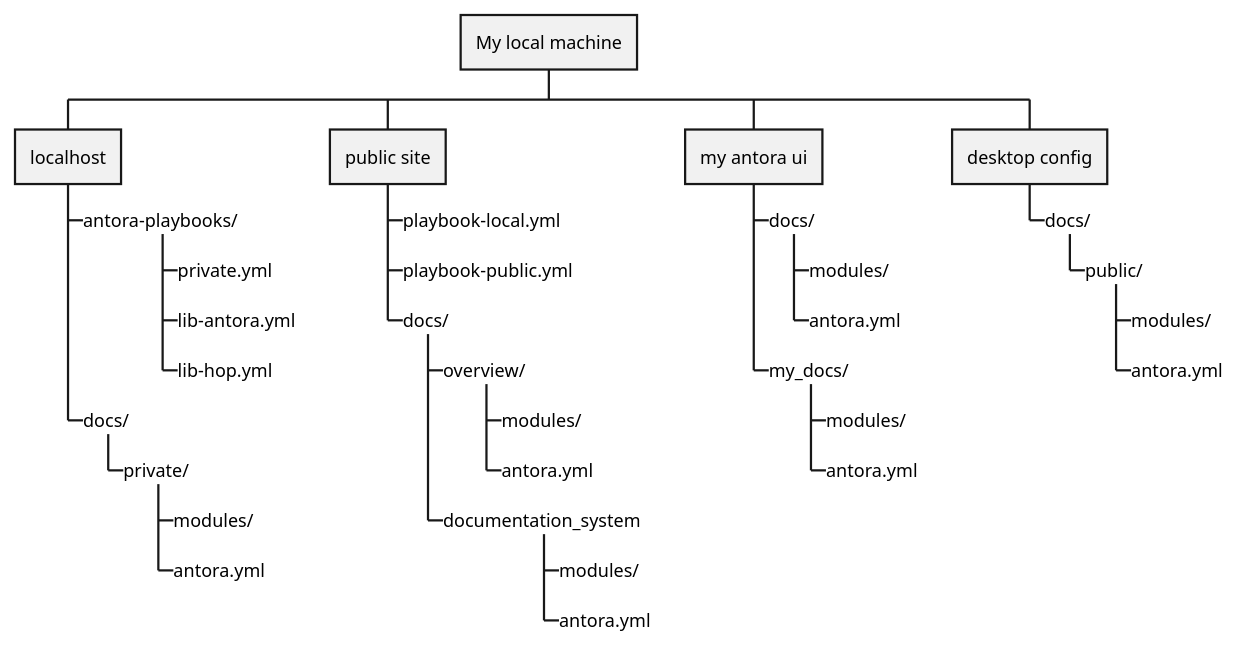
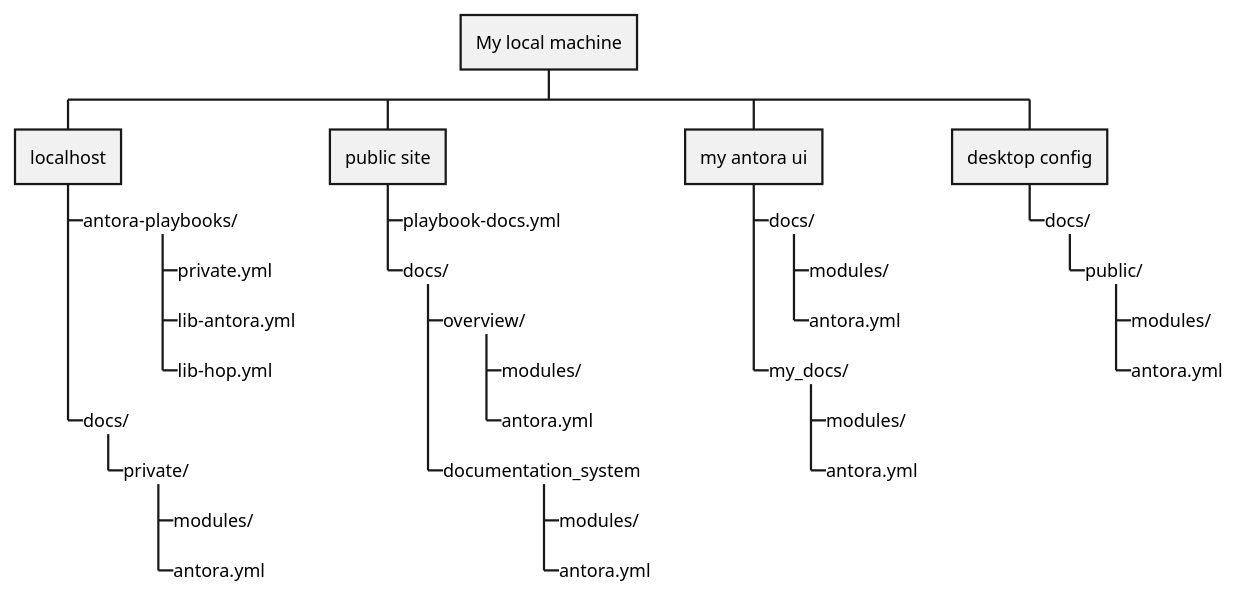
The second of 2 diagrams in docs/documentation_system/modules/antora/pages/index.adoc (rolfkleef/rolfkleef.github.io), drawn with PlantUML before and after one commit. The commit also changed 3 other files, not shown here.

Commit message:
Rename playbook file to playbook-docs.yml

```diff
--- a/docs/documentation_system/modules/antora/pages/index.adoc
+++ b/docs/documentation_system/modules/antora/pages/index.adoc
@@ -84,37 +84,36 @@
 [plantuml]
 ....
 @startwbs
 * My local machine
  * localhost
   *_ antora-playbooks/
    *_ private.yml
    *_ lib-antora.yml
    *_ lib-hop.yml
   *_ docs/
    *_ private/
     *_ modules/
     *_ antora.yml
  * public site
-  *_ playbook-local.yml
-  *_ playbook-public.yml
+  *_ playbook-docs.yml
   *_ docs/
    *_ overview/
     *_ modules/
     *_ antora.yml
    *_ documentation_system
     *_ modules/
     *_ antora.yml
  * my antora ui
   *_ docs/
    *_ modules/
    *_ antora.yml
   *_ my_docs/
    *_ modules/
    *_ antora.yml
  * desktop config
   *_ docs/
    *_ public/
     *_ modules/
     *_ antora.yml
 @endwbs
 ....
```
